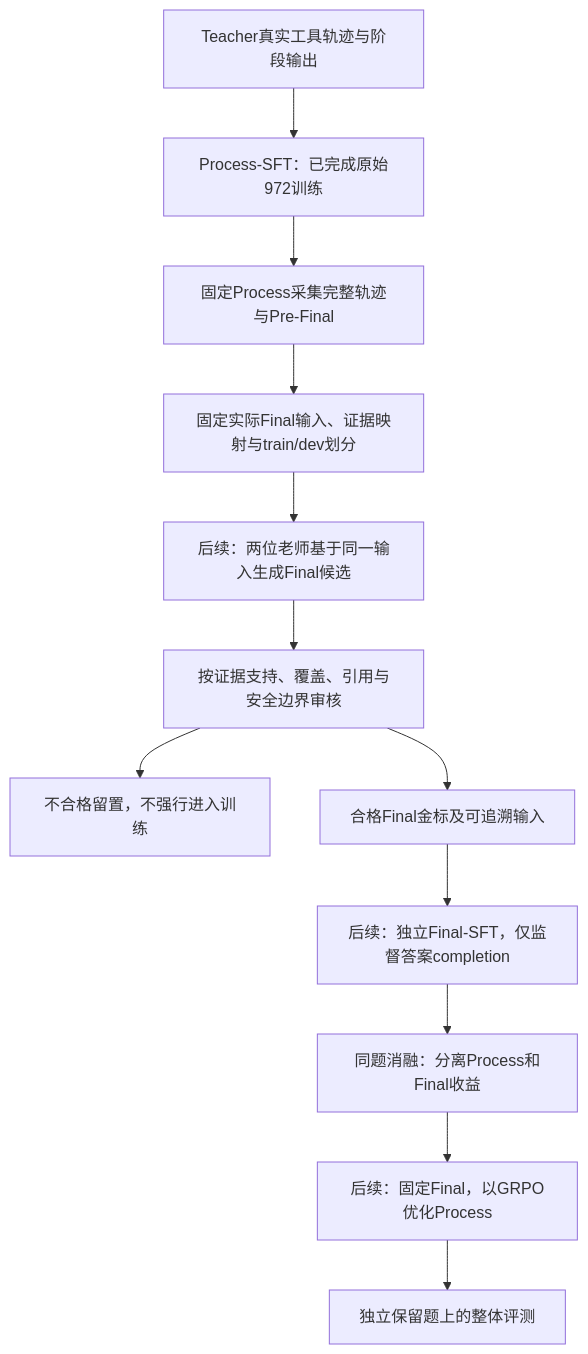
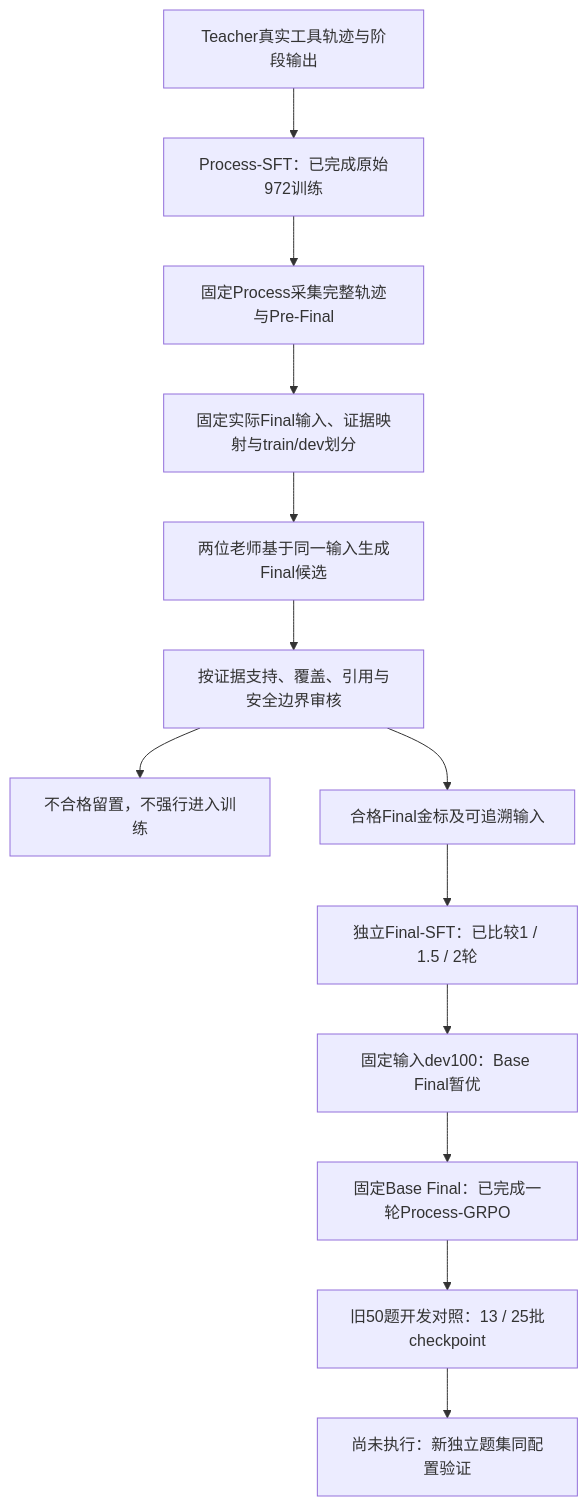
The second of 3 diagrams in README.md (MaSunKing/medical-research-agent-grpo), drawn with Mermaid before and after one commit. The commit also changed other lines of this file and 166 other files, not shown here.

Commit message:
docs(v3): publish Final-SFT comparison and Process-GRPO training results

````diff
--- a/README.md
+++ b/README.md
@@ -99,14 +100,15 @@
 ```mermaid
 flowchart TB
     Teacher[Teacher真实工具轨迹与阶段输出] --> PSFT[Process-SFT：已完成原始972训练]
     PSFT --> Gather[固定Process采集完整轨迹与Pre-Final]
     Gather --> Freeze[固定实际Final输入、证据映射与train/dev划分]
-    Freeze --> Candidates[后续：两位老师基于同一输入生成Final候选]
+    Freeze --> Candidates[两位老师基于同一输入生成Final候选]
     Candidates --> Review[按证据支持、覆盖、引用与安全边界审核]
     Review --> Hold[不合格留置，不强行进入训练]
     Review --> Gold[合格Final金标及可追溯输入]
-    Gold --> FSFT[后续：独立Final-SFT，仅监督答案completion]
-    FSFT --> Compare[同题消融：分离Process和Final收益]
-    Compare --> RL[后续：固定Final，以GRPO优化Process]
-    RL --> Independent[独立保留题上的整体评测]
+    Gold --> FSFT[独立Final-SFT：已比较1 / 1.5 / 2轮]
+    FSFT --> Compare[固定输入dev100：Base Final暂优]
+    Compare --> RL[固定Base Final：已完成一轮Process-GRPO]
+    RL --> Development[旧50题开发对照：13 / 25批checkpoint]
+    Development --> Independent[尚未执行：新独立题集同配置验证]
 ```
````
